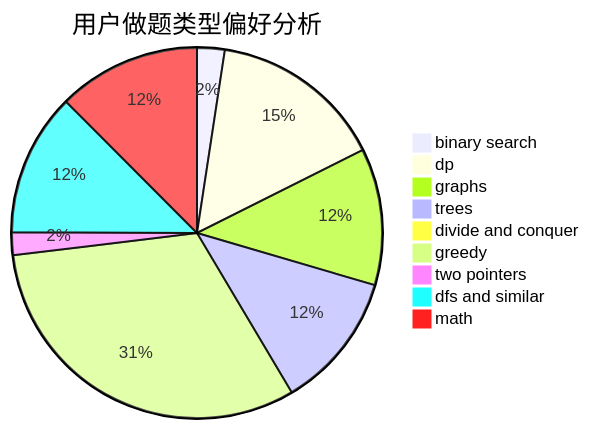
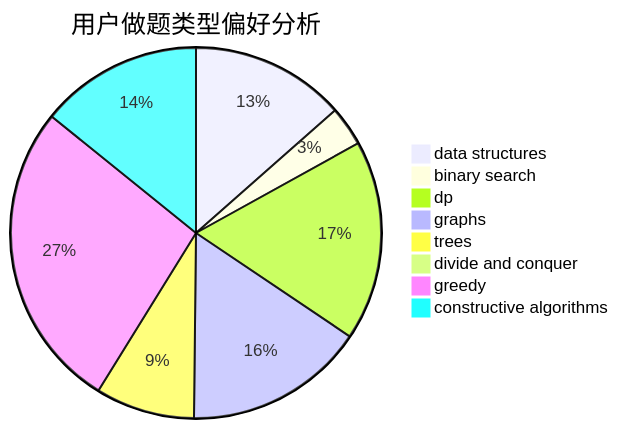
Before and after one commit to sherpahu/cfrs.github.io: the second of 3 diagrams in docs/user/u1149.md, drawn with Mermaid. The commit also changed other lines of this file and 2775 other files, not shown here.

````diff
--- a/docs/user/u1149.md
+++ b/docs/user/u1149.md
@@ -23,12 +23,11 @@
 ```mermaid
 pie title 用户做题类型偏好分析
-    "binary search" :  22
-    "dp" :  139
-    "graphs" :  109
-    "trees" :  109
-    "divide and conquer" :  8
-    "greedy" :  289
-    "two pointers" :  18
-    "dfs and similar" :  114
-    "math" :  114
+    "data structures" :  78
+    "binary search" :  20
+    "dp" :  101
+    "graphs" :  91
+    "trees" :  50
+    "divide and conquer" :  0
+    "greedy" :  156
+    "constructive algorithms" :  82
 ```
````
